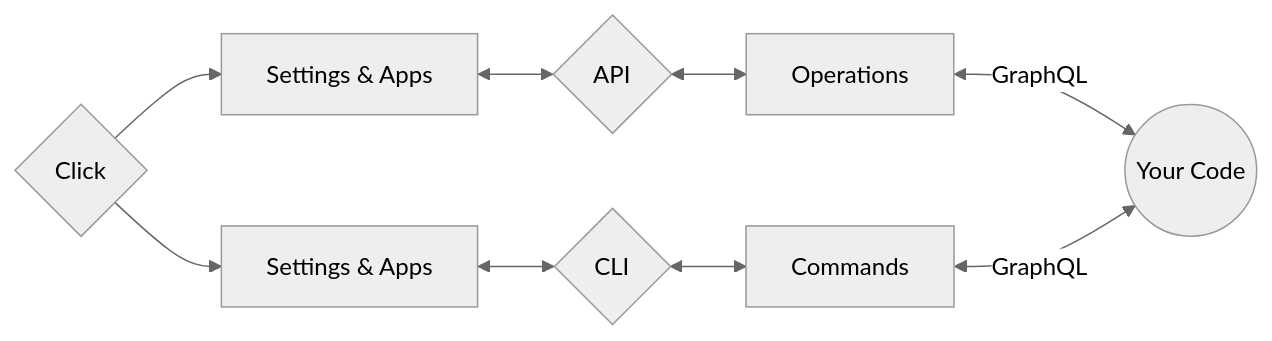
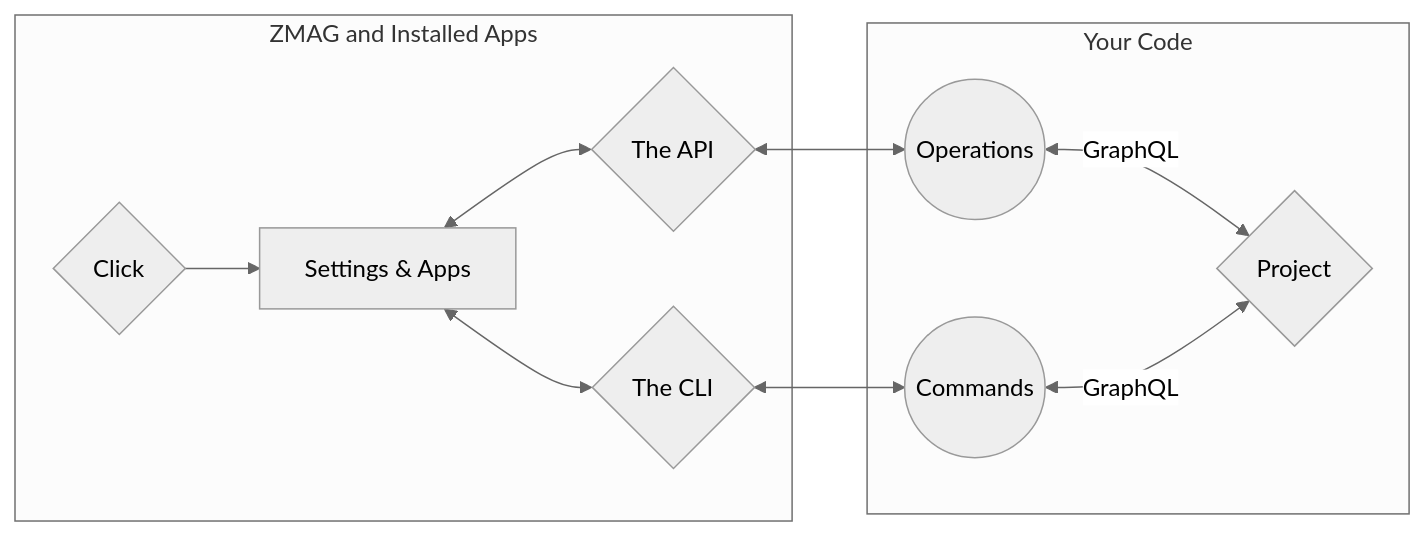
The first of 3 diagrams in docs/docs/index.md (hlop3z/zmag), drawn with Mermaid (neutral theme) before and after one commit. The commit also changed other lines of this file and 36 other files, not shown here.

````diff
--- a/docs/docs/index.md
+++ b/docs/docs/index.md
@@ -94,17 +97,25 @@
 ```mermaid
 flowchart LR;
+    subgraph ZMAG and Installed Apps
+    A --> B;
+
+    B <--> D;
+    B <--> E;
+    end
+
+    D <--> F;
+    E <--> G;
+
+    subgraph Your Code
+    F <--> | GraphQL | H
+    G <--> | GraphQL | H
+    end
+
     A{Click};
-    A --> B[Settings & Apps];
-    A --> C[Settings & Apps];
-
-    B <--> D{API};
-    C <--> E{CLI};
-
-    D <--> F[Operations];
-    E <--> G[Commands];
-
-    F <--> |GraphQL|H
-    G <--> |GraphQL|H
-    H((Your Code));
-
+    B[Settings & Apps];
+    D{The API};
+    E{The CLI};
+    F((Operations))
+    G((Commands))
+    H{Project};
 ```
````
